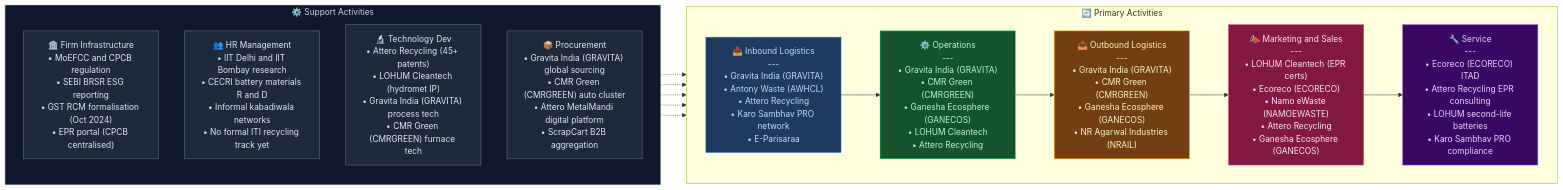
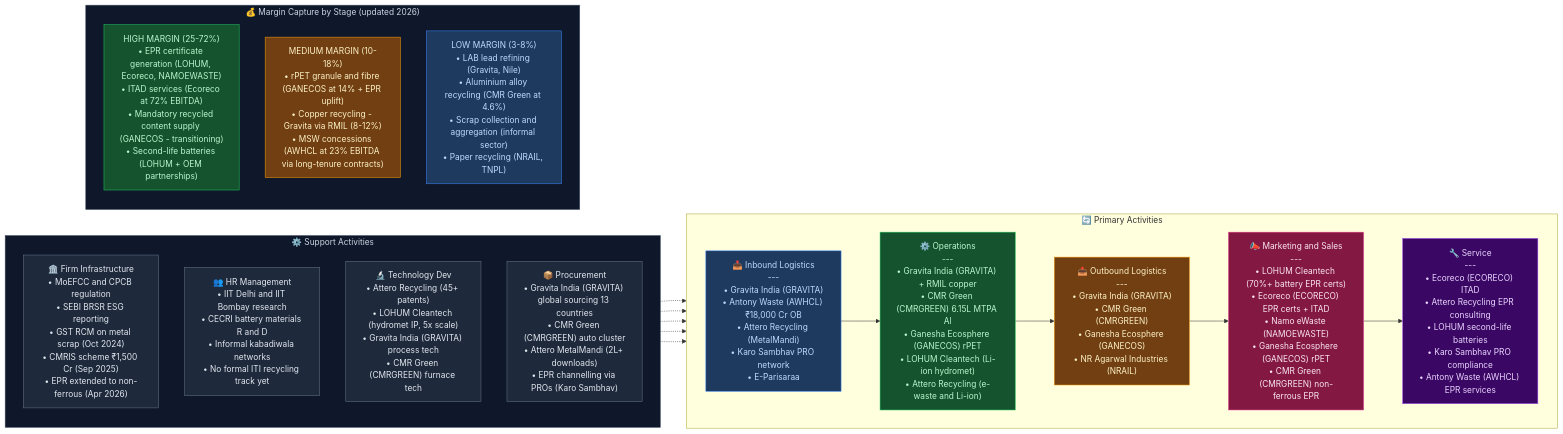
Before and after one commit to Anubhavsingh13/Value_chain: the second of 2 diagrams in Recycling Sector - Value Chain Analysis.md, drawn with Mermaid. The commit also changed other lines of this file, not shown here.

Commit message:
Update Recycling Sector - Value Chain Analysis.md

````diff
--- a/Recycling Sector - Value Chain Analysis.md
+++ b/Recycling Sector - Value Chain Analysis.md
@@ -476,38 +584,49 @@
 ```mermaid
 flowchart LR
     subgraph SUPPORT["⚙️ Support Activities"]
         direction TB
-        FI["🏛️ Firm Infrastructure\n• MoEFCC and CPCB regulation\n• SEBI BRSR ESG reporting\n• GST RCM formalisation (Oct 2024)\n• EPR portal (CPCB centralised)"]
+        FI["🏛️ Firm Infrastructure\n• MoEFCC and CPCB regulation\n• SEBI BRSR ESG reporting\n• GST RCM on metal scrap (Oct 2024)\n• CMRIS scheme ₹1,500 Cr (Sep 2025)\n• EPR extended to non-ferrous (Apr 2026)"]
         HR["👥 HR Management\n• IIT Delhi and IIT Bombay research\n• CECRI battery materials R and D\n• Informal kabadiwala networks\n• No formal ITI recycling track yet"]
-        TD["🔬 Technology Dev\n• Attero Recycling (45+ patents)\n• LOHUM Cleantech (hydromet IP)\n• Gravita India (GRAVITA) process tech\n• CMR Green (CMRGREEN) furnace tech"]
-        PR["📦 Procurement\n• Gravita India (GRAVITA) global sourcing\n• CMR Green (CMRGREEN) auto cluster\n• Attero MetalMandi digital platform\n• ScrapCart B2B aggregation"]
+        TD["🔬 Technology Dev\n• Attero Recycling (45+ patents)\n• LOHUM Cleantech (hydromet IP, 5x scale)\n• Gravita India (GRAVITA) process tech\n• CMR Green (CMRGREEN) furnace tech"]
+        PR["📦 Procurement\n• Gravita India (GRAVITA) global sourcing 13 countries\n• CMR Green (CMRGREEN) auto cluster\n• Attero MetalMandi (2L+ downloads)\n• EPR channelling via PROs (Karo Sambhav)"]
     end
 
     subgraph PRIMARY["🔄 Primary Activities"]
         direction LR
-        IL["📥 Inbound Logistics\n---\n• Gravita India (GRAVITA)\n• Antony Waste (AWHCL)\n• Attero Recycling\n• Karo Sambhav PRO network\n• E-Parisaraa"]
-        OP["⚙️ Operations\n---\n• Gravita India (GRAVITA)\n• CMR Green (CMRGREEN)\n• Ganesha Ecosphere (GANECOS)\n• LOHUM Cleantech\n• Attero Recycling"]
+        IL["📥 Inbound Logistics\n---\n• Gravita India (GRAVITA)\n• Antony Waste (AWHCL) ₹18,000 Cr OB\n• Attero Recycling (MetalMandi)\n• Karo Sambhav PRO network\n• E-Parisaraa"]
+        OP["⚙️ Operations\n---\n• Gravita India (GRAVITA) + RMIL copper\n• CMR Green (CMRGREEN) 6.15L MTPA Al\n• Ganesha Ecosphere (GANECOS) rPET\n• LOHUM Cleantech (Li-ion hydromet)\n• Attero Recycling (e-waste and Li-ion)"]
         OL["📤 Outbound Logistics\n---\n• Gravita India (GRAVITA)\n• CMR Green (CMRGREEN)\n• Ganesha Ecosphere (GANECOS)\n• NR Agarwal Industries (NRAIL)"]
-        MS["📣 Marketing and Sales\n---\n• LOHUM Cleantech (EPR certs)\n• Ecoreco (ECORECO)\n• Namo eWaste (NAMOEWASTE)\n• Attero Recycling\n• Ganesha Ecosphere (GANECOS)"]
-        SV["🔧 Service\n---\n• Ecoreco (ECORECO) ITAD\n• Attero Recycling EPR consulting\n• LOHUM second-life batteries\n• Karo Sambhav PRO compliance"]
+        MS["📣 Marketing and Sales\n---\n• LOHUM Cleantech (70%+ battery EPR certs)\n• Ecoreco (ECORECO) EPR certs + ITAD\n• Namo eWaste (NAMOEWASTE)\n• Ganesha Ecosphere (GANECOS) rPET\n• CMR Green (CMRGREEN) non-ferrous EPR"]
+        SV["🔧 Service\n---\n• Ecoreco (ECORECO) ITAD\n• Attero Recycling EPR consulting\n• LOHUM second-life batteries\n• Karo Sambhav PRO compliance\n• Antony Waste (AWHCL) EPR services"]
     end
 
     IL --> OP --> OL --> MS --> SV
 
     SUPPORT -.-> IL
     SUPPORT -.-> OP
     SUPPORT -.-> OL
     SUPPORT -.-> MS
     SUPPORT -.-> SV
+
+    subgraph MARGIN["💰 Margin Capture by Stage (updated 2026)"]
+        direction TB
+        HIGH["HIGH MARGIN (25-72%)\n• EPR certificate generation (LOHUM, Ecoreco, NAMOEWASTE)\n• ITAD services (Ecoreco at 72% EBITDA)\n• Mandatory recycled content supply (GANECOS - transitioning)\n• Second-life batteries (LOHUM + OEM partnerships)"]
+        MED["MEDIUM MARGIN (10-18%)\n• rPET granule and fibre (GANECOS at 14% + EPR uplift)\n• Copper recycling - Gravita via RMIL (8-12%)\n• MSW concessions (AWHCL at 23% EBITDA via long-tenure contracts)"]
+        LOW["LOW MARGIN (3-8%)\n• LAB lead refining (Gravita, Nile)\n• Aluminium alloy recycling (CMR Green at 4.6%)\n• Scrap collection and aggregation (informal sector)\n• Paper recycling (NRAIL, TNPL)"]
+    end
 
     style IL fill:#1e3a5f,stroke:#3b82f6,color:#bfdbfe
     style OP fill:#14532d,stroke:#22c55e,color:#bbf7d0
     style OL fill:#713f12,stroke:#f59e0b,color:#fef3c7
     style MS fill:#831843,stroke:#ec4899,color:#fce7f3
     style SV fill:#3b0764,stroke:#a855f7,color:#e9d5ff
     style SUPPORT fill:#0f172a,stroke:#475569,color:#cbd5e1
     style FI fill:#1e293b,stroke:#64748b,color:#e2e8f0
     style HR fill:#1e293b,stroke:#64748b,color:#e2e8f0
     style TD fill:#1e293b,stroke:#64748b,color:#e2e8f0
     style PR fill:#1e293b,stroke:#64748b,color:#e2e8f0
+    style HIGH fill:#14532d,stroke:#22c55e,color:#bbf7d0
+    style MED fill:#713f12,stroke:#f59e0b,color:#fef3c7
+    style LOW fill:#1e3a5f,stroke:#3b82f6,color:#bfdbfe
+    style MARGIN fill:#0f172a,stroke:#475569,color:#cbd5e1
 ```
````
